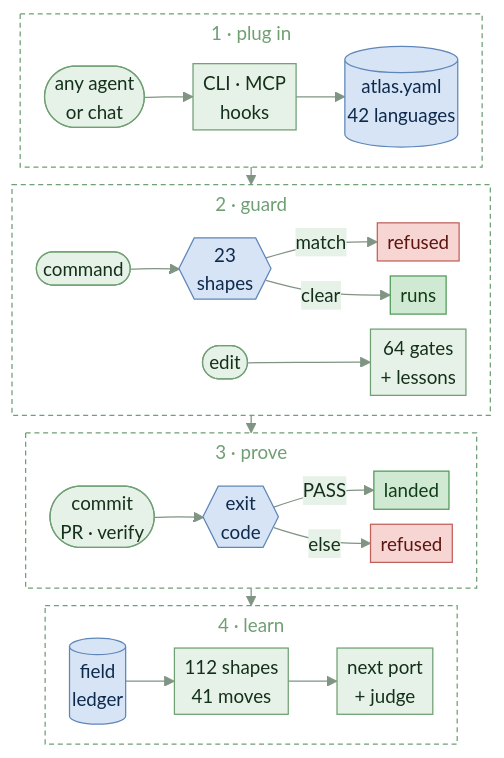
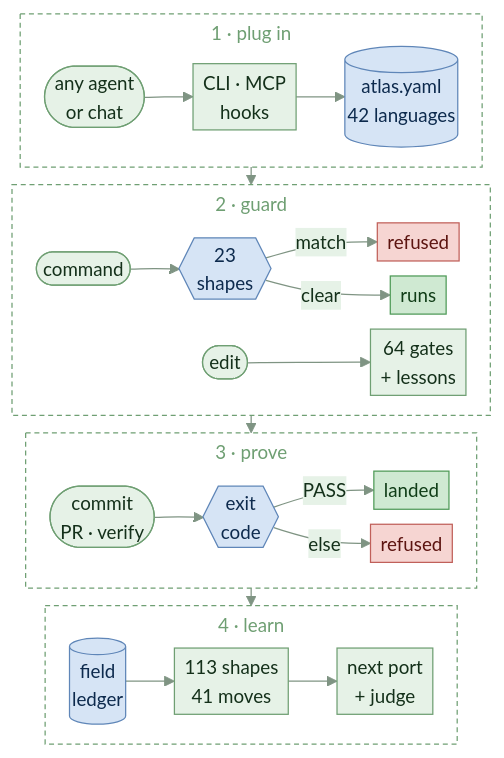
One commit to HLIntel/Headron changed the diagram in README.md. Above: the diagram before and after it, drawn with Mermaid. The commit also changed other lines of this file and 11 other files, not shown here.

````diff
--- a/README.md
+++ b/README.md
@@ -40,52 +40,52 @@
 ```mermaid
 ---
 config:
   theme: base
   themeVariables:
     primaryColor: "#e6f2e7"
     primaryBorderColor: "#6f9f73"
     primaryTextColor: "#14301a"
     lineColor: "#7f9483"
     titleColor: "#6f9f73"
     edgeLabelBackground: "#e6f2e7"
     fontSize: "15px"
   flowchart:
     subGraphTitleMargin: {top: 4, bottom: 6}
     padding: 4
     nodeSpacing: 12
     rankSpacing: 14
 ---
 flowchart TB
   accTitle: How Thea proves a change
   accDescr: any agent, chat or model plugs in, each file routes to its gates, hooks guard, the same gates prove at commit, in CI and in thea verify, anything but PASS is refused, every verdict is kept
   subgraph ask [1 · plug in]
     direction LR
     A([any agent<br>or chat]) --> I[CLI · MCP<br>hooks] --> D[(atlas.yaml<br>42 languages)]
   end
   subgraph guard [2 · guard]
     direction LR
     S([command]) --> W{{23<br>shapes}}
     W -->|match| Y[refused]
     W -->|clear| O[runs]
     E([edit]) --> L[64 gates<br>+ lessons]
   end
   subgraph run [3 · prove]
     direction LR
     H([commit<br>PR · verify]) --> V{{exit<br>code}}
     V -->|PASS| M[landed]
     V -->|else| X[refused]
   end
   subgraph learn [4 · learn]
     direction LR
-    Q[(field<br>ledger)] --> F[112 shapes<br>41 moves] --> N[next port<br>+ judge]
+    Q[(field<br>ledger)] --> F[113 shapes<br>41 moves] --> N[next port<br>+ judge]
   end
   ask --> guard --> run --> learn
   classDef band fill:none,stroke:#6f9f73,stroke-dasharray:4 3
   class ask,guard,run,learn band
   classDef stop fill:#f6d5d2,stroke:#c0605a,color:#5c1410
   classDef go fill:#cfe9d2,stroke:#4f9a58,color:#103d17
   classDef store fill:#d6e4f5,stroke:#5f86b8,color:#0d2a4d
   class X,Y stop
   class M,O go
   class D,Q,V,W store
 ```
````
